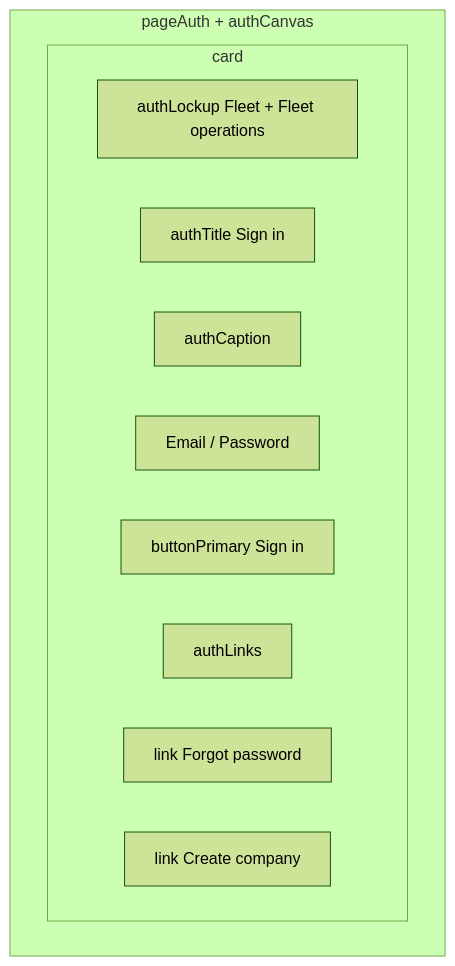
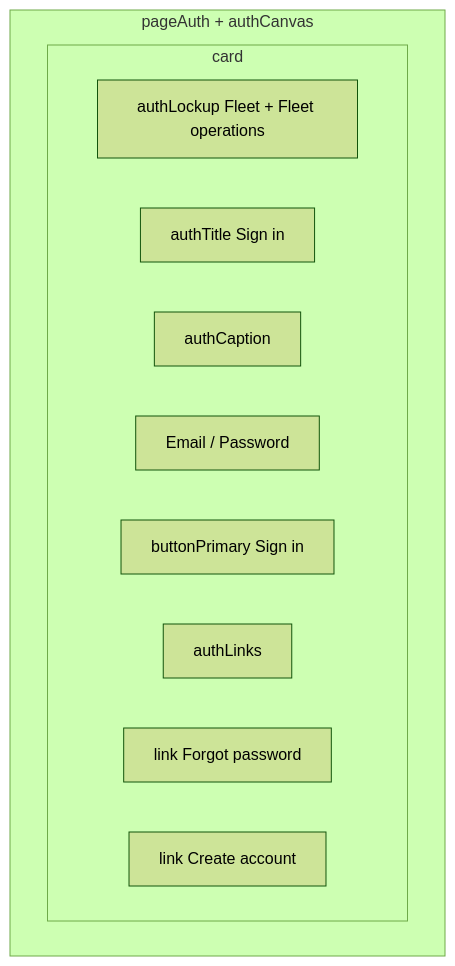
Before and after one commit to Alex61-byte/fleet-management: the diagram in design/pages/sign-in.md, drawn with Mermaid (forest theme). The commit also changed other lines of this file and 110 other files, not shown here.

````diff
--- a/design/pages/sign-in.md
+++ b/design/pages/sign-in.md
@@ -12,16 +12,16 @@
 ```mermaid
 flowchart TB
   subgraph page [pageAuth + authCanvas]
     card[authCard]
   end
   subgraph card
     lockup[authLockup Fleet + Fleet operations]
     title[authTitle Sign in]
     caption[authCaption]
     form[Email / Password]
     submit[buttonPrimary Sign in]
     links[authLinks]
     forgot[link Forgot password]
-    signup[link Create company]
+    signup[link Create account]
   end
 ```
````
